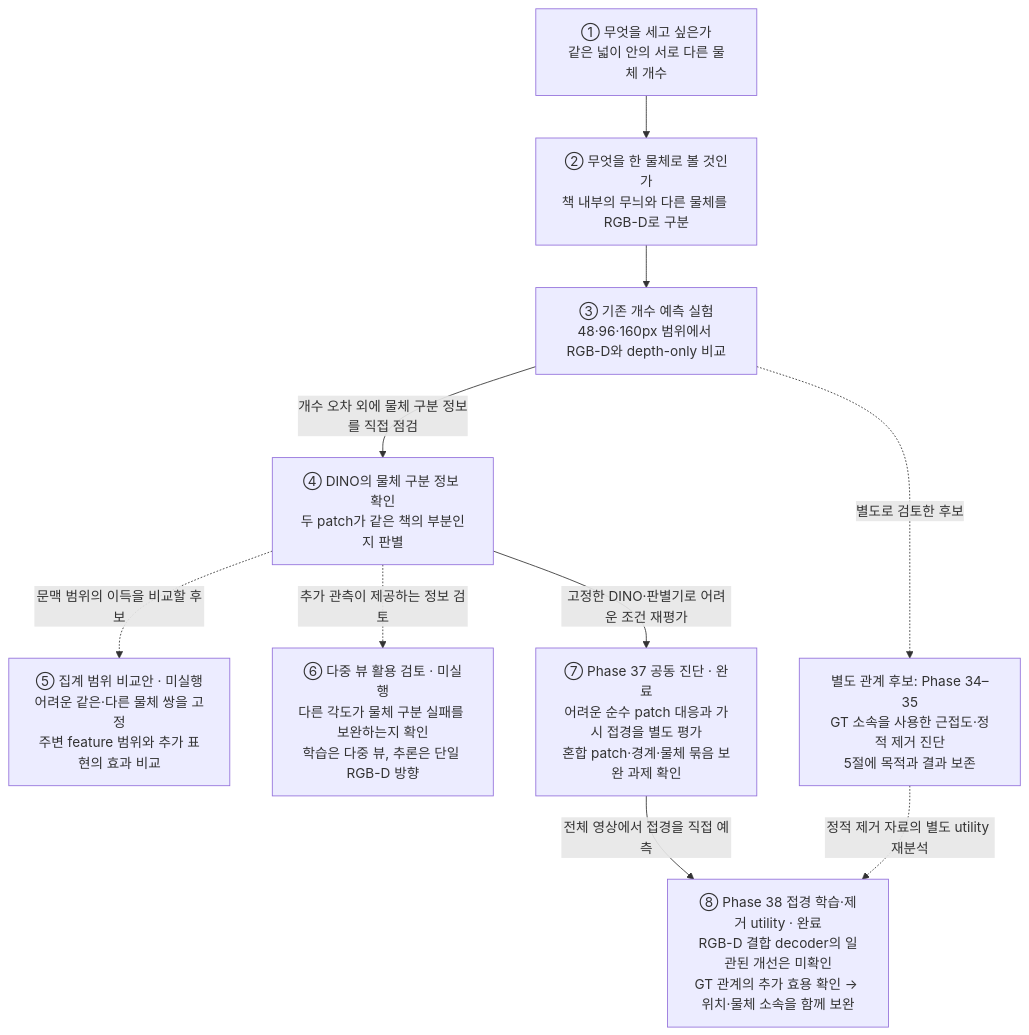
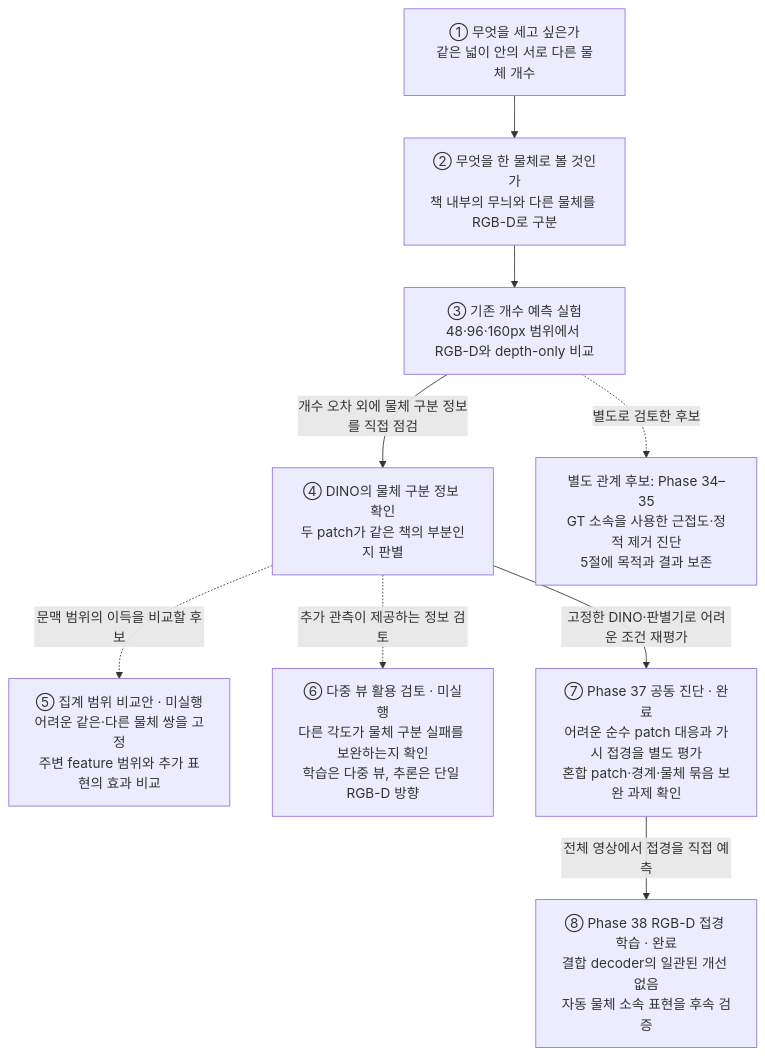
One commit to JeonHaneul/2D-PDM_DINOv3 changed the first of 4 diagrams in complexity_stream.md. Above: the diagram before and after it, drawn with Mermaid. The commit also changed other lines of this file and 4 other files, not shown here.

Commit message:
docs: withdraw GT-only relation utility claims and figure

````diff
--- a/complexity_stream.md
+++ b/complexity_stream.md
@@ -23,20 +23,19 @@
 ```mermaid
 flowchart TD
     N1["① 무엇을 세고 싶은가<br/>같은 넓이 안의 서로 다른 물체 개수"]
     N2["② 무엇을 한 물체로 볼 것인가<br/>책 내부의 무늬와 다른 물체를 RGB-D로 구분"]
     N3["③ 기존 개수 예측 실험<br/>48·96·160px 범위에서 RGB-D와 depth-only 비교"]
     N4["④ DINO의 물체 구분 정보 확인<br/>두 patch가 같은 책의 부분인지 판별"]
     N5["⑤ 집계 범위 비교안 · 미실행<br/>어려운 같은·다른 물체 쌍을 고정<br/>주변 feature 범위와 추가 표현의 효과 비교"]
     N6["⑥ 다중 뷰 활용 검토 · 미실행<br/>다른 각도가 물체 구분 실패를 보완하는지 확인<br/>학습은 다중 뷰, 추론은 단일 RGB-D 방향"]
     N7["⑦ Phase 37 공동 진단 · 완료<br/>어려운 순수 patch 대응과 가시 접경을 별도 평가<br/>혼합 patch·경계·물체 묶음 보완 과제 확인"]
-    N8["⑧ Phase 38 접경 학습·제거 utility · 완료<br/>RGB-D 결합 decoder의 일관된 개선은 미확인<br/>GT 관계의 추가 효용 확인 → 위치·물체 소속을 함께 보완"]
+    N8["⑧ Phase 38 RGB-D 접경 학습 · 완료<br/>결합 decoder의 일관된 개선 없음<br/>자동 물체 소속 표현을 후속 검증"]
     H["별도 관계 후보: Phase 34–35<br/>GT 소속을 사용한 근접도·정적 제거 진단<br/>5절에 목적과 결과 보존"]
     N1 --> N2 --> N3
     N3 -->|"개수 오차 외에 물체 구분 정보를 직접 점검"| N4
     N4 -->|"고정한 DINO·판별기로 어려운 조건 재평가"| N7
     N7 -->|"전체 영상에서 접경을 직접 예측"| N8
-    H -. "정적 제거 자료의 별도 utility 재분석" .-> N8
     N4 -. "문맥 범위의 이득을 비교할 후보" .-> N5
     N4 -. "추가 관측이 제공하는 정보 검토" .-> N6
     N3 -. "별도로 검토한 후보" .-> H
 ```
````
